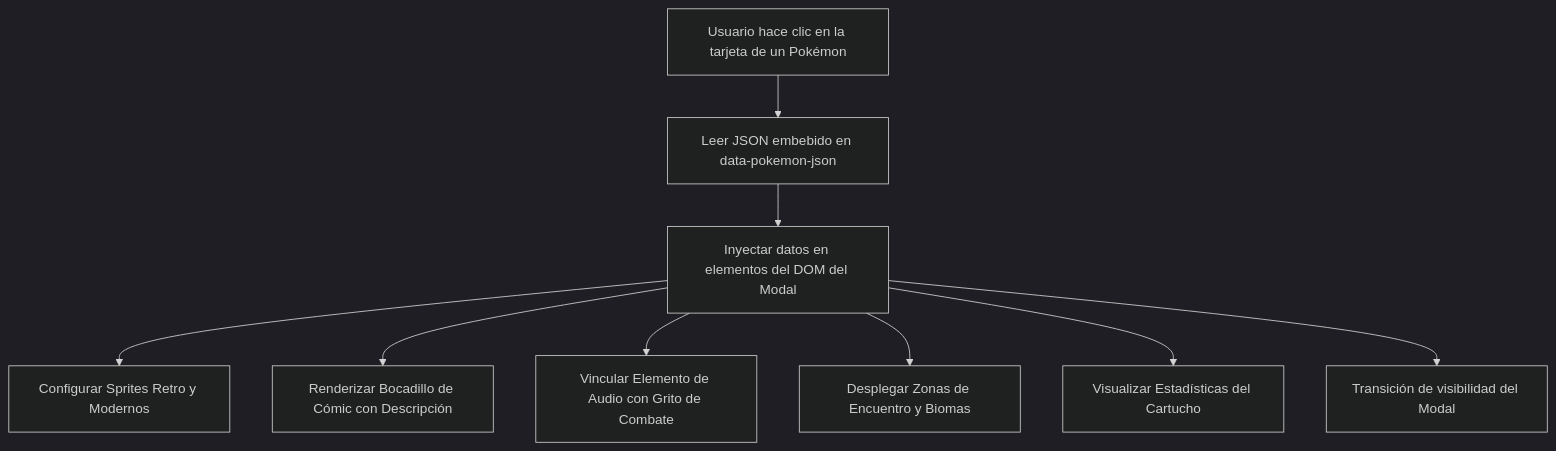
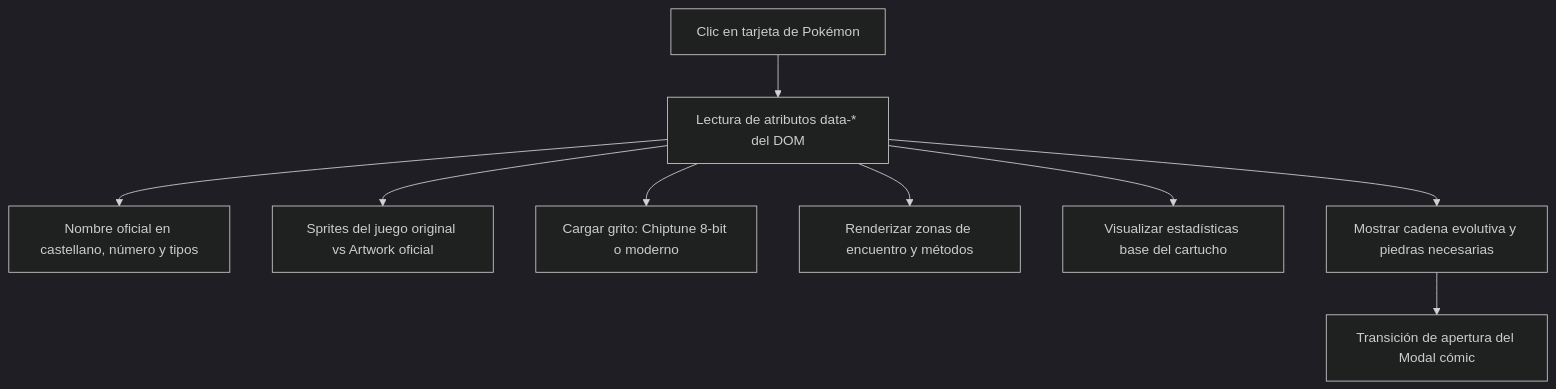
The diagram in docs/es/interfaz-y-componentes.md (Gatozo/pokedexglobal), drawn with Mermaid (dark theme) before and after one commit. The commit also changed other lines of this file and 31 other files, not shown here.

````diff
--- a/docs/es/interfaz-y-componentes.md
+++ b/docs/es/interfaz-y-componentes.md
@@ -20,11 +32,11 @@
 ```mermaid
 graph TD
-    Click[Usuario hace clic en la tarjeta de un Pokémon] --> LeerData[Leer JSON embebido en data-pokemon-json]
-    LeerData --> PoblarModal[Inyectar datos en elementos del DOM del Modal]
-    PoblarModal --> SetSprite[Configurar Sprites Retro y Modernos]
-    PoblarModal --> SetBocadillo[Renderizar Bocadillo de Cómic con Descripción]
-    PoblarModal --> SetAudio[Vincular Elemento de Audio con Grito de Combate]
-    PoblarModal --> SetObtencion[Desplegar Zonas de Encuentro y Biomas]
-    PoblarModal --> SetStats[Visualizar Estadísticas del Cartucho]
-    PoblarModal --> MostrarModal[Transición de visibilidad del Modal]
+    Click[Clic en tarjeta de Pokémon] --> ParseJSON[Lectura de atributos data-* del DOM]
+    ParseJSON --> InjectHeader[Nombre oficial en castellano, número y tipos]
+    ParseJSON --> InjectSprites[Sprites del juego original vs Artwork oficial]
+    ParseJSON --> AudioEngine[Cargar grito: Chiptune 8-bit o moderno]
+    ParseJSON --> InjectLocations[Renderizar zonas de encuentro y métodos]
+    ParseJSON --> InjectStats[Visualizar estadísticas base del cartucho]
+    ParseJSON --> InjectEvolution[Mostrar cadena evolutiva y piedras necesarias]
+    InjectEvolution --> ShowModal[Transición de apertura del Modal cómic]
 ```
````
